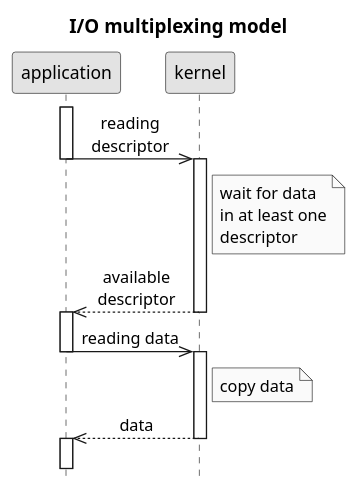
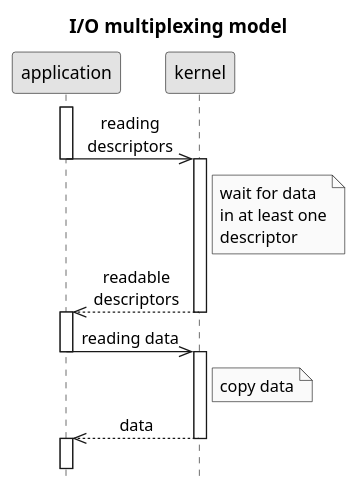
The diagram in .images/IO multiplexing model.puml (c0p4c4b4n4/demo-sockets-io-nio-nio2), drawn with PlantUML before and after one commit. The commit also changed 3 other files, not shown here.

```diff
--- a/.images/IO multiplexing model.puml
+++ b/.images/IO multiplexing model.puml
@@ -1,25 +1,24 @@
 @startuml
 title I/O multiplexing model
 hide footbox
 skinparam monochrome true
 skinparam defaultFontName Microsoft Sans Serif
 skinparam titleFontSize 15
-
 skinparam sequenceMessageAlign center
 activate application
-application->>kernel: reading\ndescriptor
+application->>kernel: reading\ndescriptors
 deactivate application
 activate kernel
 Note right of kernel: wait for data\nin at least one\ndescriptor
-kernel-->>application: available\ndescriptor
+kernel-->>application: readable\ndescriptors
 deactivate kernel
 activate application
 application->>kernel: reading data
 deactivate application
 activate kernel
 Note right of kernel: copy data
 kernel-->>application: data
 deactivate kernel
 activate application
 ||15||
 @enduml
```
